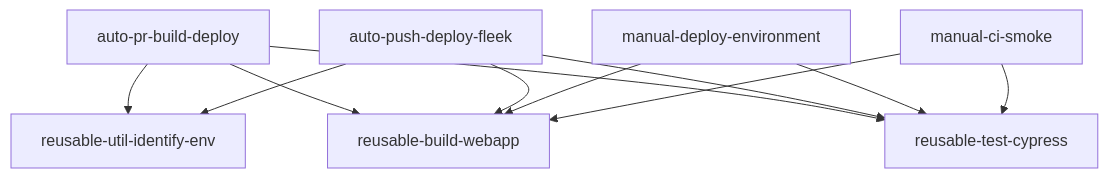
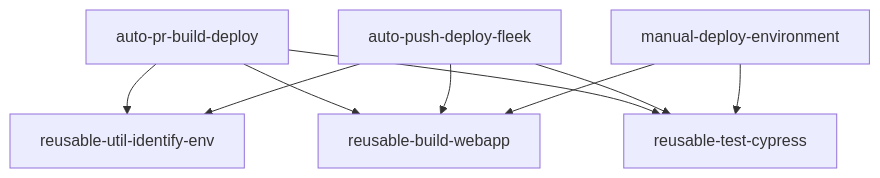
One commit to Secured-Finance/secured-finance-app changed the diagram in .github/workflows/README.md. Above: the diagram before and after it, drawn with Mermaid. The commit also changed other lines of this file, not shown here.

Commit message:
docs: remove references to deleted manual-ci-smoke.yml workflow
- Update workflow table to remove CI Smoke entry
- Update mermaid dependency graph to remove G[manual-ci-smoke] node
- README now accurately reflects current workflow files

````diff
--- a/.github/workflows/README.md
+++ b/.github/workflows/README.md
@@ -39,16 +38,13 @@
 ```mermaid
 graph TD
     A[auto-pr-build-deploy] --> B[reusable-util-identify-env]
     A --> C[reusable-build-webapp]
     A --> D[reusable-test-cypress]
     
     E[auto-push-deploy-fleek] --> B
     E --> C
     E --> D
     
     F[manual-deploy-environment] --> C
     F --> D
-    
-    G[manual-ci-smoke] --> C
-    G --> D
 ```
````
